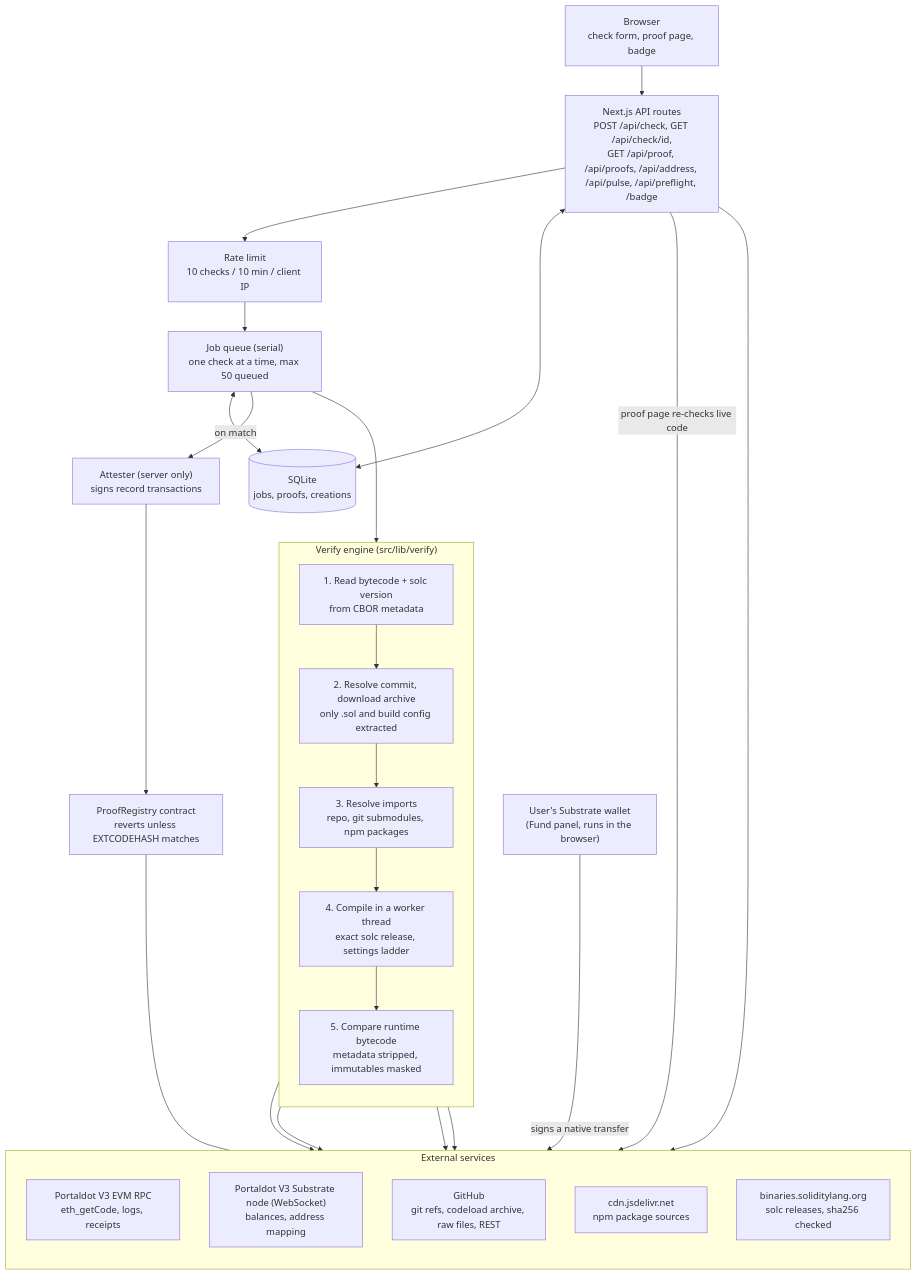
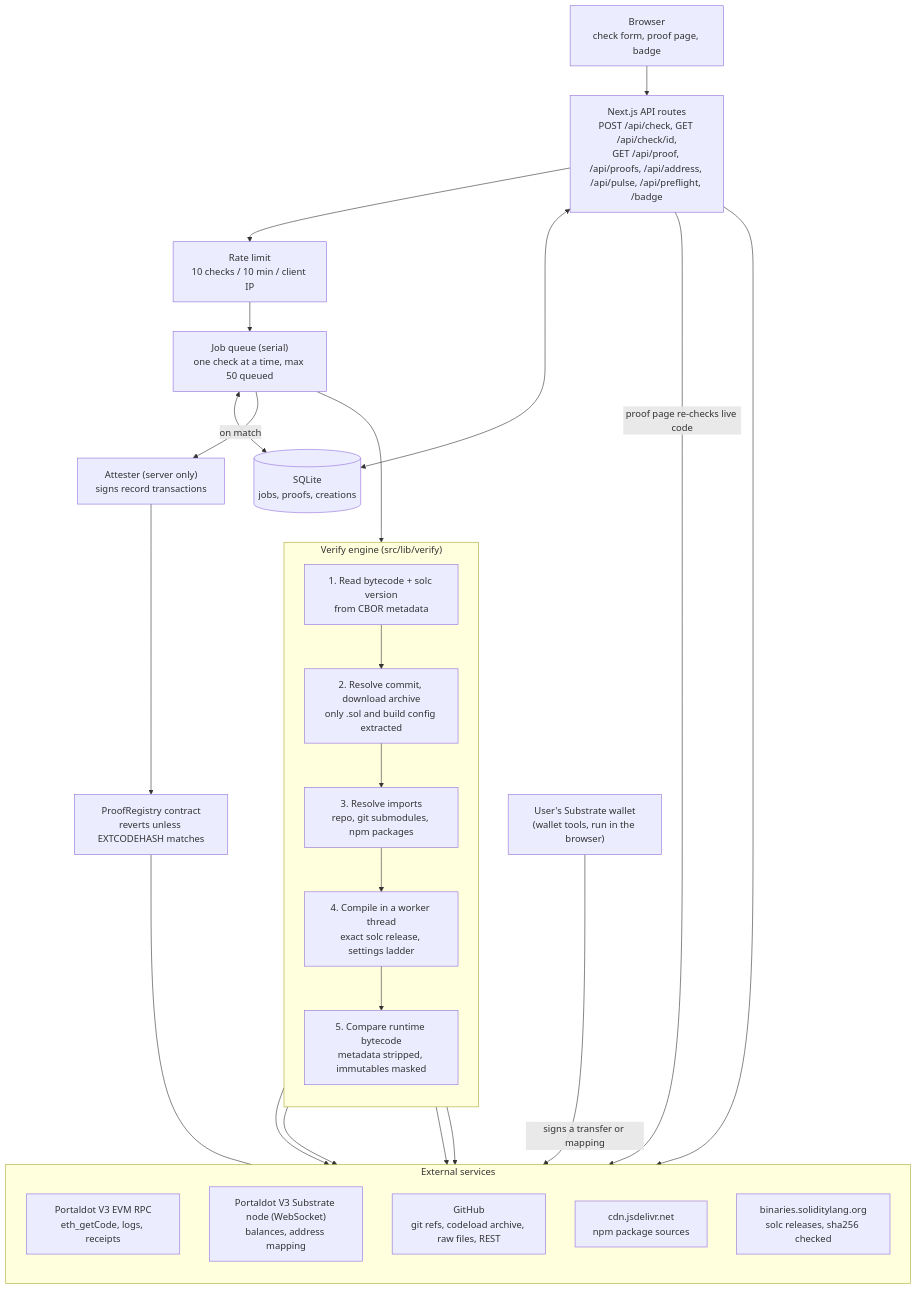
One commit to Techkeyy/onescan changed the diagram in docs/ARCHITECTURE.md. Above: the diagram before and after it, drawn with Mermaid. The commit also changed other lines of this file and 11 other files, not shown here.

````diff
--- a/docs/ARCHITECTURE.md
+++ b/docs/ARCHITECTURE.md
@@ -7,47 +7,47 @@
 ```mermaid
 flowchart TB
   user["Browser<br/>check form, proof page, badge"]
   api["Next.js API routes<br/>POST /api/check, GET /api/check/id,<br/>GET /api/proof, /api/proofs, /api/address, /api/pulse, /api/preflight, /badge"]
   rl["Rate limit<br/>10 checks / 10 min / client IP"]
   jobs["Job queue (serial)<br/>one check at a time, max 50 queued"]
   db[("SQLite<br/>jobs, proofs, creations")]
 
   subgraph engine["Verify engine (src/lib/verify)"]
     direction TB
     s1["1. Read bytecode + solc version<br/>from CBOR metadata"]
     s2["2. Resolve commit, download archive<br/>only .sol and build config extracted"]
     s3["3. Resolve imports<br/>repo, git submodules, npm packages"]
     s4["4. Compile in a worker thread<br/>exact solc release, settings ladder"]
     s5["5. Compare runtime bytecode<br/>metadata stripped, immutables masked"]
     s1 --> s2 --> s3 --> s4 --> s5
   end
 
   attest["Attester (server only)<br/>signs record transactions"]
   registry["ProofRegistry contract<br/>reverts unless EXTCODEHASH matches"]
 
   subgraph external["External services"]
     direction TB
     rpc["Portaldot V3 EVM RPC<br/>eth_getCode, logs, receipts"]
     node["Portaldot V3 Substrate node (WebSocket)<br/>balances, address mapping"]
     gh["GitHub<br/>git refs, codeload archive, raw files, REST"]
     npm["cdn.jsdelivr.net<br/>npm package sources"]
     solc["binaries.soliditylang.org<br/>solc releases, sha256 checked"]
   end
 
-  wallet["User's Substrate wallet<br/>(Fund panel, runs in the browser)"]
+  wallet["User's Substrate wallet<br/>(wallet tools, run in the browser)"]
 
   user --> api
   api --> rl --> jobs
   jobs <--> db
   jobs --> engine
   engine --> rpc
   engine --> gh
   engine --> npm
   engine --> solc
   jobs -- "on match" --> attest --> registry
   registry --- rpc
   api -- "proof page re-checks live code" --> rpc
   api --> node
   api <--> db
-  wallet -- "signs a native transfer" --> node
+  wallet -- "signs a transfer or mapping" --> node
 ```
````
